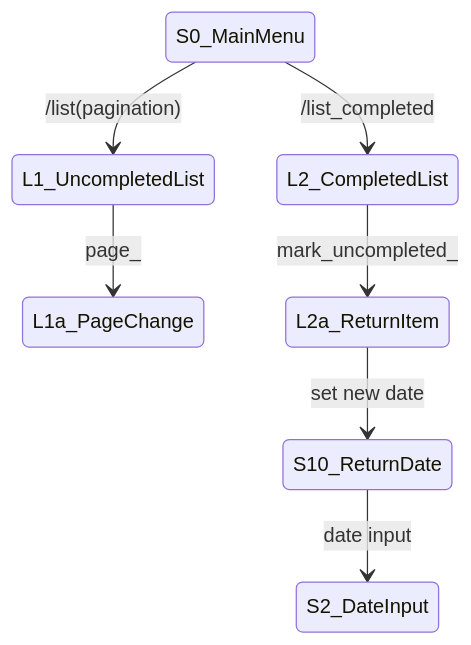
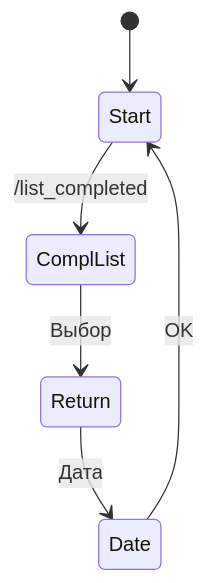
The third of 3 diagrams in API_Course_Task.md (n1gh7c0re/reminder_bot), drawn with Mermaid before and after one commit. The commit also changed other lines of this file, not shown here.

````diff
--- a/API_Course_Task.md
+++ b/API_Course_Task.md
@@ -67,10 +57,8 @@
 ```mermaid
 stateDiagram-v2
-    S0_MainMenu --> L1_UncompletedList: /list(pagination)
-    L1_UncompletedList --> L1a_PageChange: page_<N>
-    
-    S0_MainMenu --> L2_CompletedList: /list_completed
-    L2_CompletedList --> L2a_ReturnItem: mark_uncompleted_<id>
-    L2a_ReturnItem --> S10_ReturnDate: set new date
-    S10_ReturnDate --> S2_DateInput: date input
+    [*] --> Start
+    Start --> ComplList: /list_completed
+    ComplList --> Return: Выбор
+    Return --> Date: Дата
+    Date --> Start: OK
 ```
````
